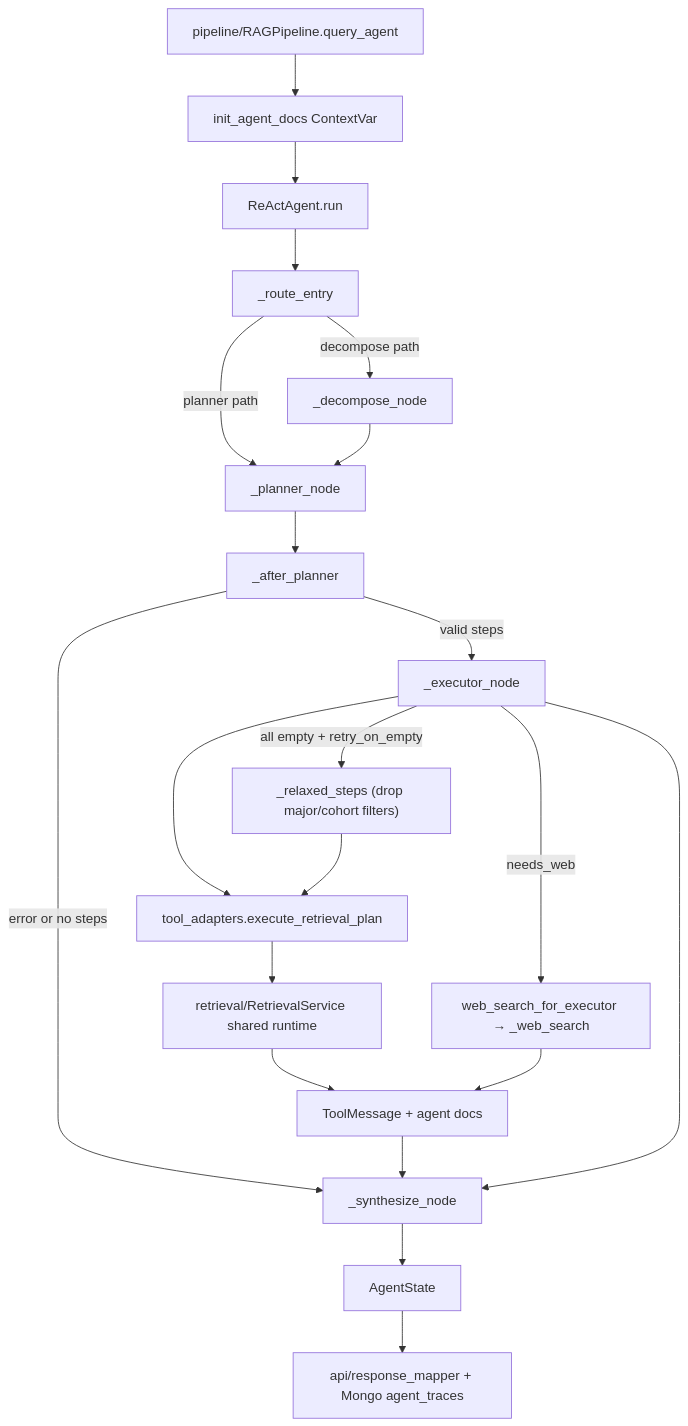
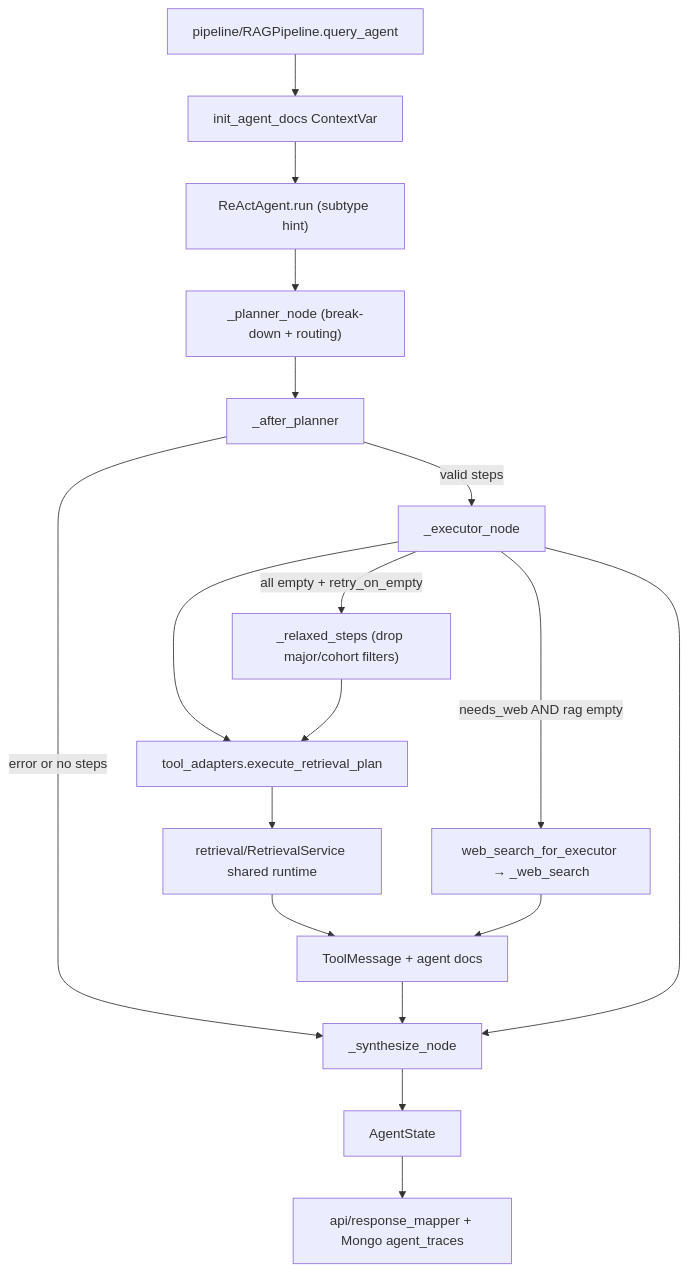
Before and after one commit to hoainam183/GR: the diagram in src/RAG_v2/agent/MODULE.md, drawn with Mermaid. The commit also changed other lines of this file and 2 other files, not shown here.

````diff
--- a/src/RAG_v2/agent/MODULE.md
+++ b/src/RAG_v2/agent/MODULE.md
@@ -82,23 +79,20 @@
 ```mermaid
 flowchart TD
   Pipeline["pipeline/RAGPipeline.query_agent"] --> InitDocs["init_agent_docs ContextVar"]
-  InitDocs --> Run["ReActAgent.run"]
-  Run --> Route["_route_entry"]
-  Route -->|decompose path| Decompose["_decompose_node"]
-  Route -->|planner path| Planner["_planner_node"]
-  Decompose --> Planner
+  InitDocs --> Run["ReActAgent.run (subtype hint)"]
+  Run --> Planner["_planner_node (break-down + routing)"]
   Planner --> After["_after_planner"]
   After -->|valid steps| Execute["_executor_node"]
   After -->|error or no steps| Synthesize["_synthesize_node"]
   Execute --> Adapter["tool_adapters.execute_retrieval_plan"]
   Execute -->|all empty + retry_on_empty| Relax["_relaxed_steps (drop major/cohort filters)"]
   Relax --> Adapter
   Adapter --> Retrieval["retrieval/RetrievalService shared runtime"]
-  Execute -->|needs_web| Tavily["web_search_for_executor → _web_search"]
+  Execute -->|needs_web AND rag empty| Tavily["web_search_for_executor → _web_search"]
   Retrieval --> ToolMsgs["ToolMessage + agent docs"]
   Tavily --> ToolMsgs
   ToolMsgs --> Synthesize
   Execute --> Synthesize
   Synthesize --> State["AgentState"]
   State --> Mapper["api/response_mapper + Mongo agent_traces"]
 ```
````
